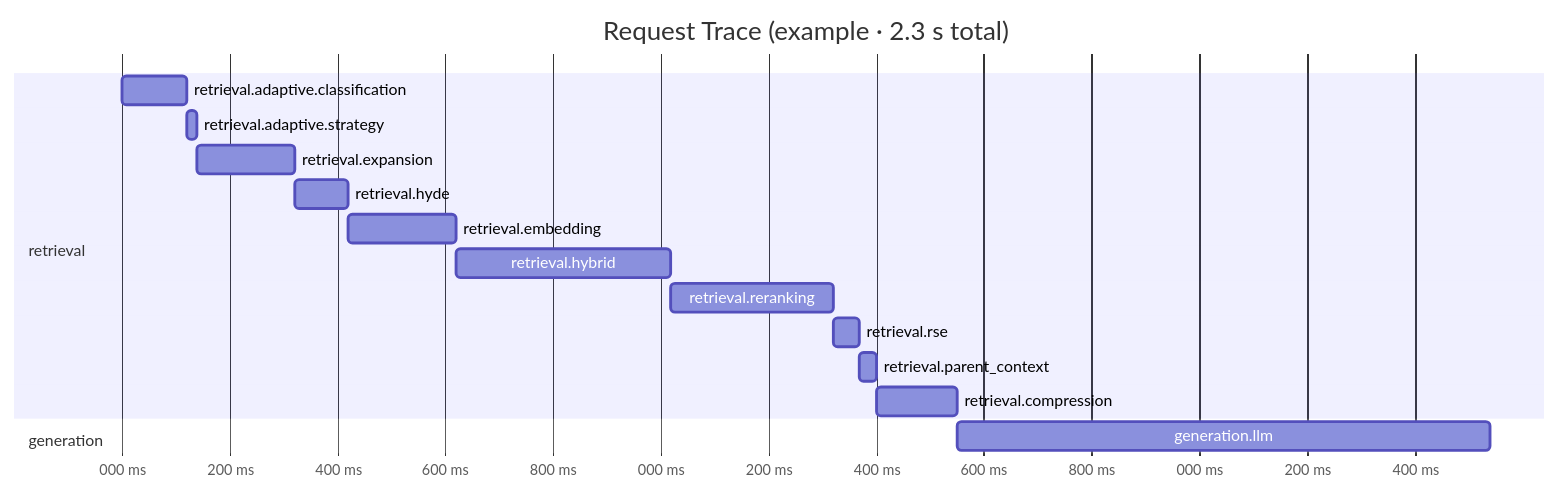
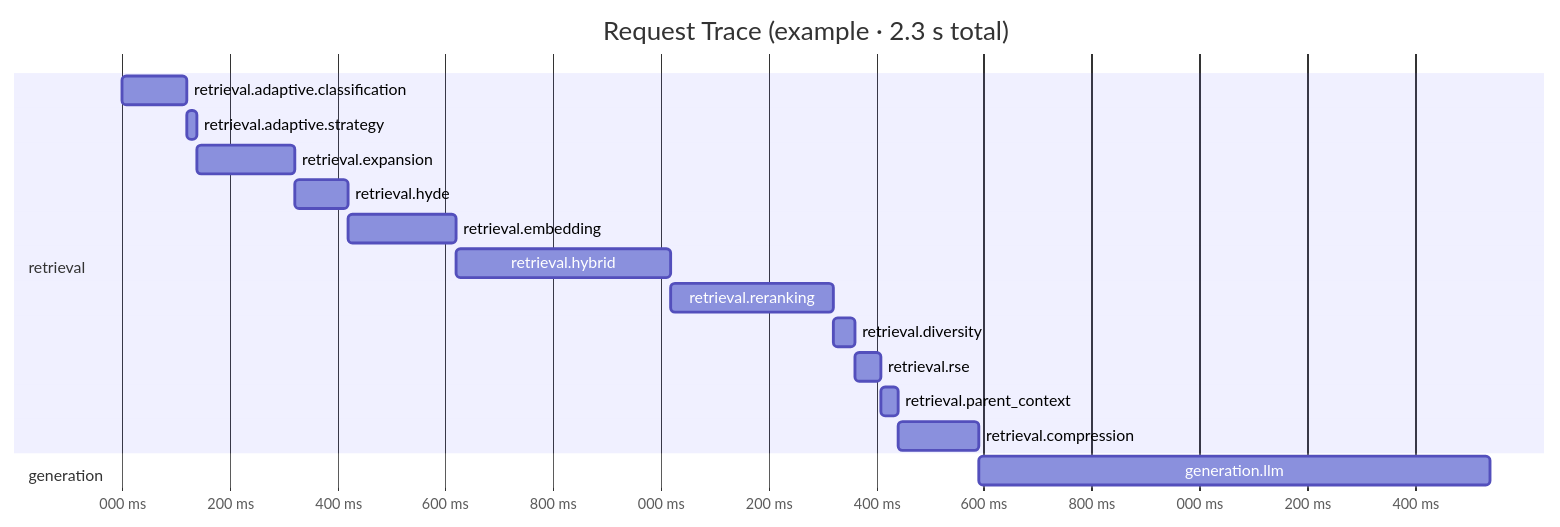
One commit to ealbertoav/rag_platform changed the ninth of 10 diagrams in README.md. Above: the diagram before and after it, drawn with Mermaid. The commit also changed other lines of this file and 12 other files, not shown here.

First line of the commit message:
feat: add MMR diversity retrieval for enhanced chunk re-ranking

````diff
--- a/README.md
+++ b/README.md
@@ -1591,21 +1633,22 @@
 ```mermaid
 gantt
     title Request Trace (example · 2.3 s total)
     dateFormat  x
     axisFormat  %L ms
 
     section retrieval
     retrieval.adaptive.classification :0, 120
     retrieval.adaptive.strategy :120, 140
     retrieval.expansion    :140, 320
     retrieval.hyde         :320, 420
     retrieval.embedding    :420, 620
     retrieval.hybrid       :620, 1020
     retrieval.reranking    :1020, 1320
-    retrieval.rse          :1320, 1370
-    retrieval.parent_context :1370, 1400
-    retrieval.compression  :1400, 1550
+    retrieval.diversity    :1320, 1360
+    retrieval.rse          :1360, 1410
+    retrieval.parent_context :1410, 1440
+    retrieval.compression  :1440, 1590
 
     section generation
-    generation.llm         :1550, 2540
+    generation.llm         :1590, 2540
 ```
````
